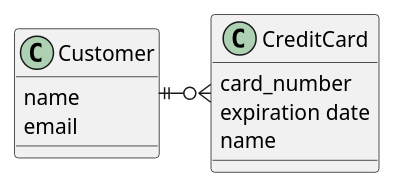
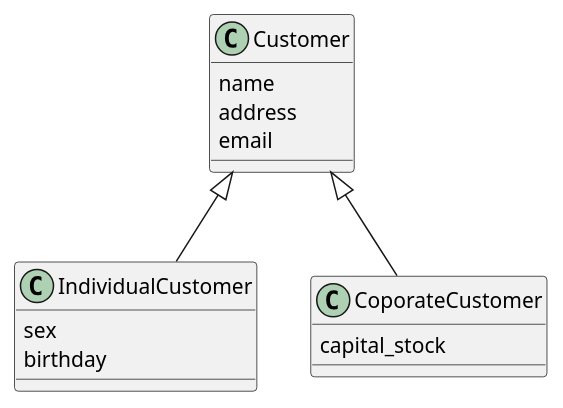
Before and after one commit to yinm/uml-modeling-lesson: the diagram in ch02/sample.puml, drawn with PlantUML.

Commit message:
Add lesson5

```diff
--- a/ch02/sample.puml
+++ b/ch02/sample.puml
@@ -1,16 +1,21 @@
 @startuml
 
 class Customer {
   name
+  address
   email
 }
 
-class CreditCard {
-  card_number
-  expiration date
-  name
+class IndividualCustomer {
+  sex
+  birthday
 }
 
-Customer ||-ri-o{ CreditCard
+class CoporateCustomer {
+  capital_stock
+}
+
+Customer <|-- IndividualCustomer
+Customer <|-- CoporateCustomer
 
 @enduml
```
